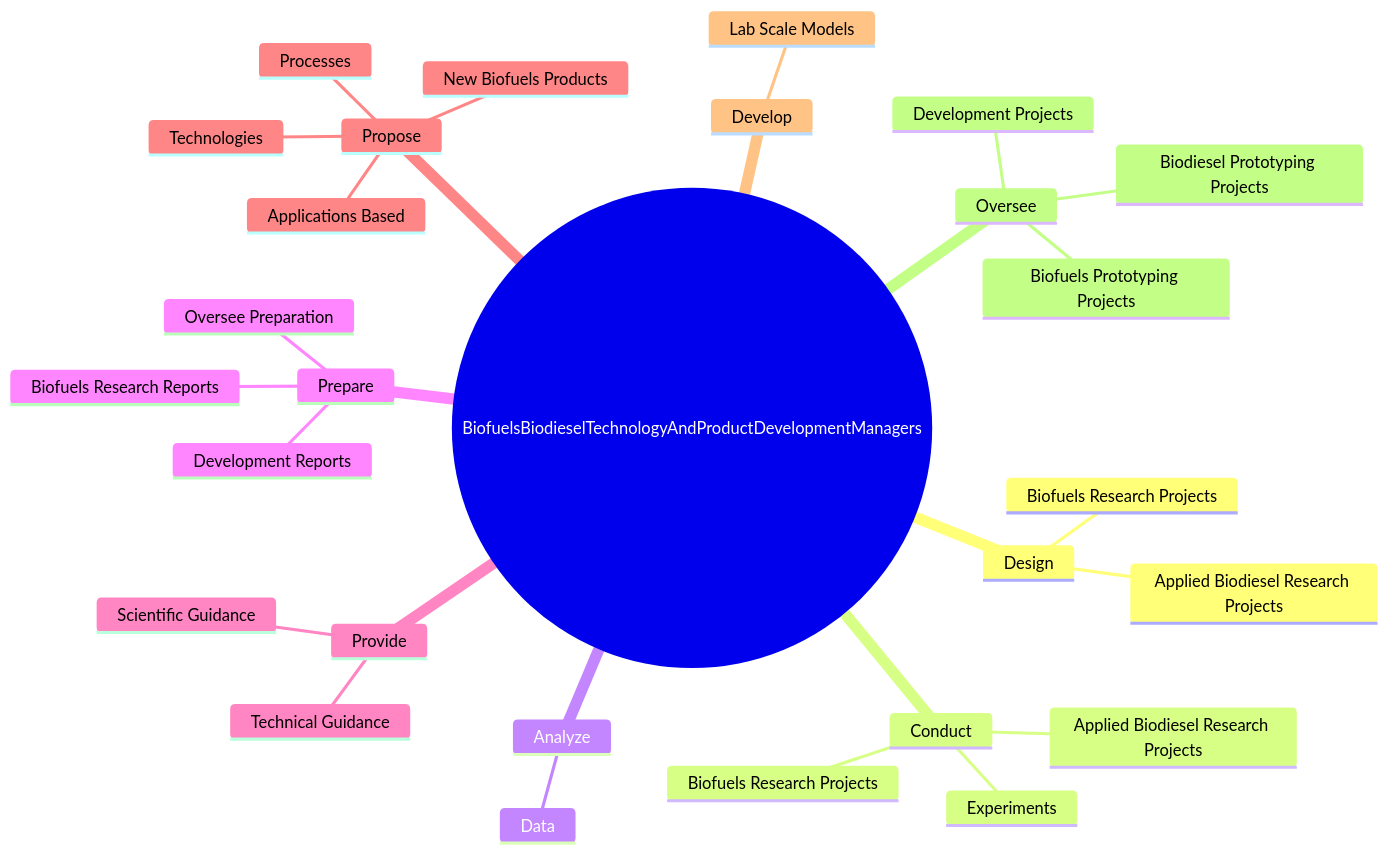
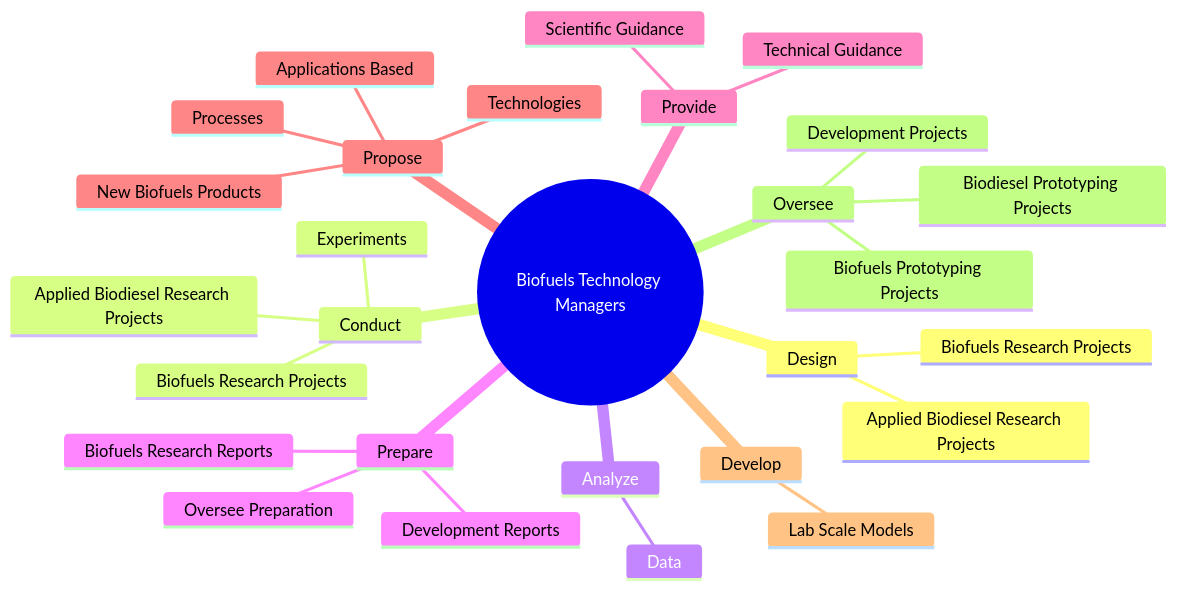
One commit to kziemski/business.org.ai changed the second of 4 diagrams in occupations/Management/BiofuelsBiodieselTechnologyAndProductDevelopmentManagers.mdx. Above: the diagram before and after it, drawn with Mermaid. The commit also changed other lines of this file and 938 other files, not shown here.

````diff
--- a/occupations/Management/BiofuelsBiodieselTechnologyAndProductDevelopmentManagers.mdx
+++ b/occupations/Management/BiofuelsBiodieselTechnologyAndProductDevelopmentManagers.mdx
@@ -38,31 +46,31 @@
 ```mermaid
 mindmap
-    root(("BiofuelsBiodieselTechnologyAndProductDevelopmentManagers"))
+    root(("Biofuels Technology Managers"))
         Design
             Applied Biodiesel Research Projects
             Biofuels Research Projects
         Conduct
             Applied Biodiesel Research Projects
             Biofuels Research Projects
             Experiments
         Analyze
             Data
         Prepare
             Oversee Preparation
             Biofuels Research Reports
             Development Reports
         Provide
             Technical Guidance
             Scientific Guidance
         Propose
             New Biofuels Products
             Processes
             Technologies
             Applications Based
         Develop
             Lab Scale Models
         Oversee
             Biodiesel Prototyping Projects
             Biofuels Prototyping Projects
             Development Projects
 ```
````
